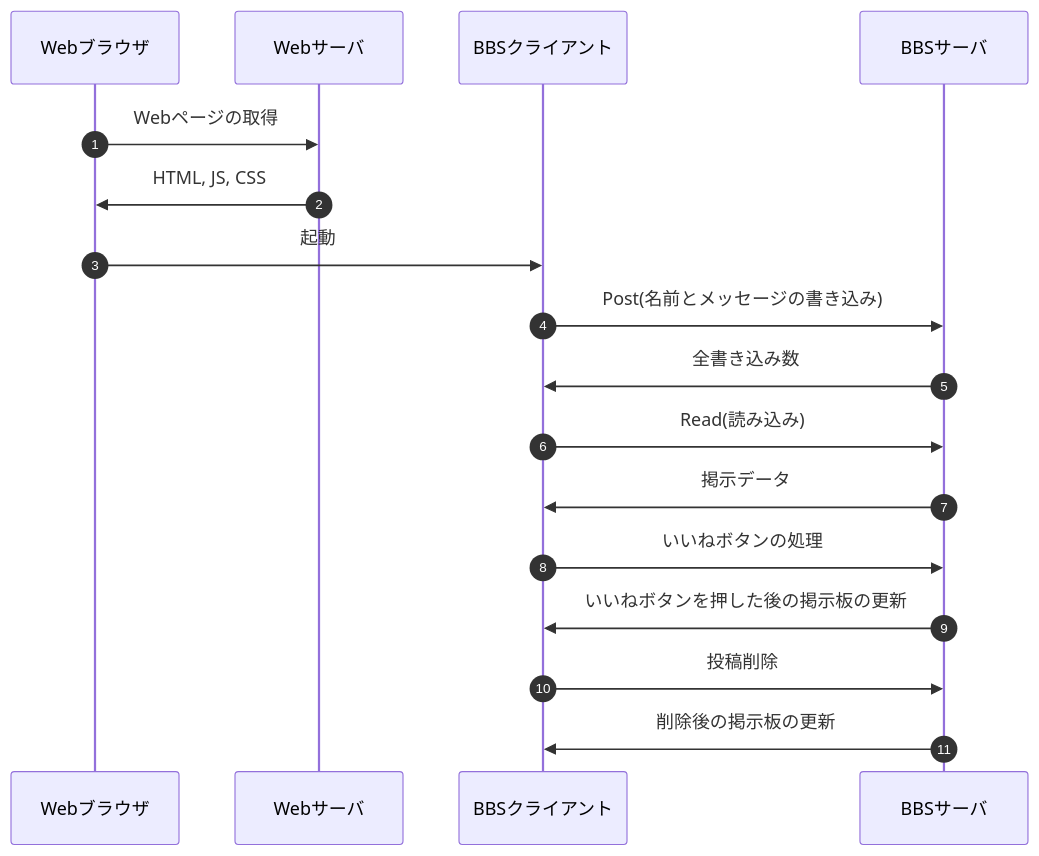
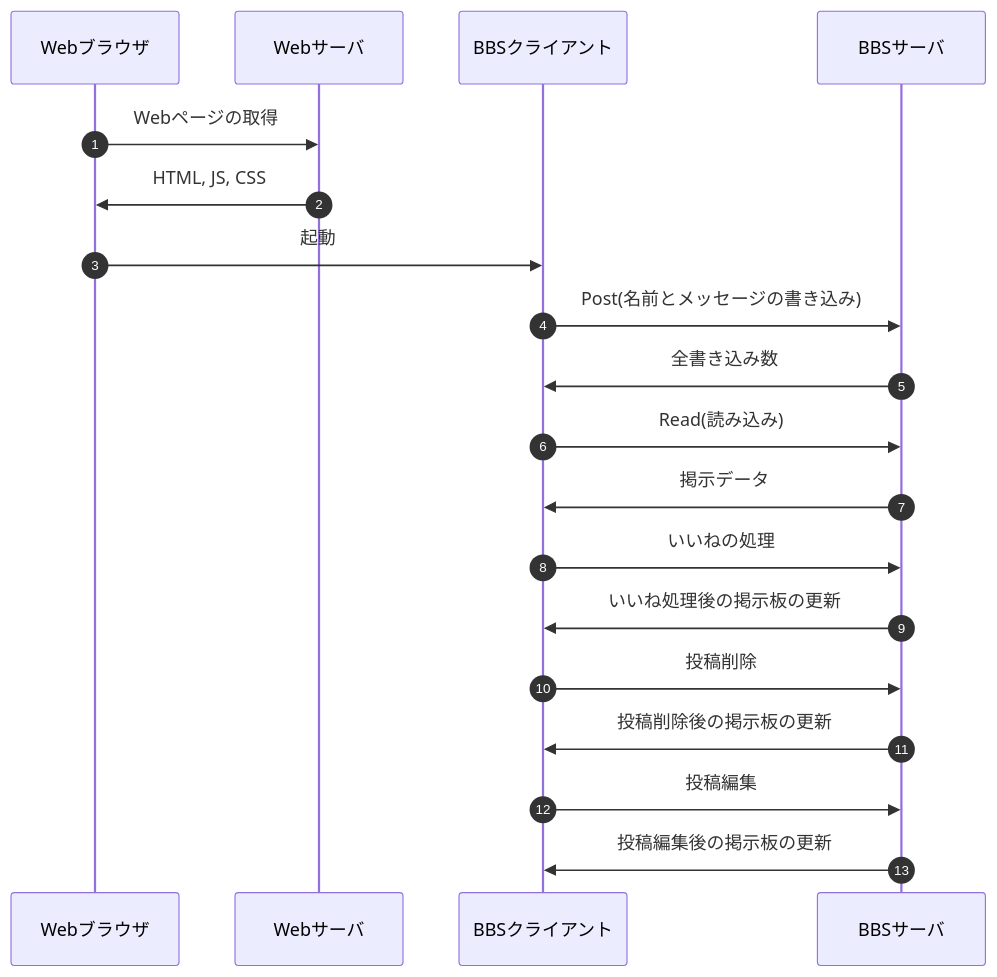
Before and after one commit to uipoyox/webpro_06: the diagram in bbs.md, drawn with Mermaid.

````diff
--- a/bbs.md
+++ b/bbs.md
@@ -3,15 +3,17 @@
 ```mermaid
 sequenceDiagram
   autonumber
   Webブラウザ ->> Webサーバ: Webページの取得
   Webサーバ ->> Webブラウザ:HTML, JS, CSS
   Webブラウザ ->> BBSクライアント:起動
   BBSクライアント ->> BBSサーバ:Post(名前とメッセージの書き込み) 
   BBSサーバ ->> BBSクライアント:全書き込み数
   BBSクライアント ->> BBSサーバ:Read(読み込み)
   BBSサーバ ->> BBSクライアント:掲示データ
-  BBSクライアント ->> BBSサーバ:いいねボタンの処理
-  BBSサーバ ->> BBSクライアント:いいねボタンを押した後の掲示板の更新
+  BBSクライアント ->> BBSサーバ:いいねの処理
+  BBSサーバ ->> BBSクライアント:いいね処理後の掲示板の更新
   BBSクライアント ->> BBSサーバ:投稿削除
-  BBSサーバ ->> BBSクライアント:削除後の掲示板の更新
+  BBSサーバ ->> BBSクライアント:投稿削除後の掲示板の更新
+  BBSクライアント ->> BBSサーバ:投稿編集
+  BBSサーバ ->> BBSクライアント:投稿編集後の掲示板の更新
 ```
````
